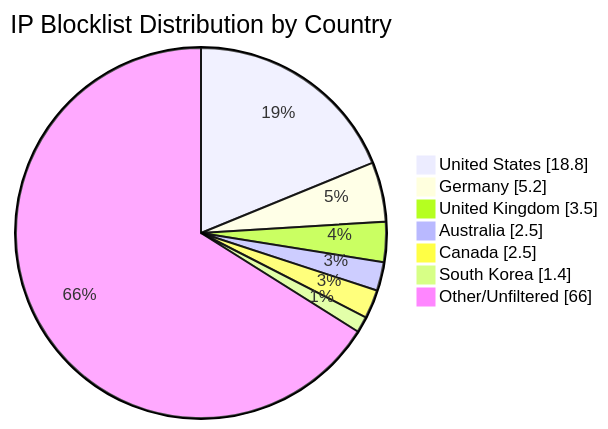
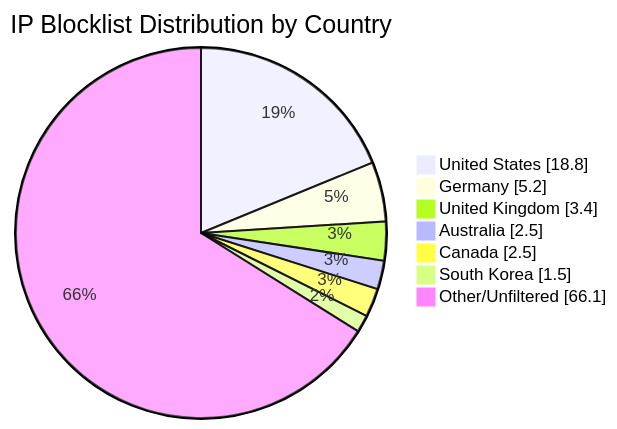
The diagram in README.md (MarcusHoltz/ipblocklist-geofiltered-aggregator), drawn with Mermaid before and after one commit. The commit also changed other lines of this file and 9 other files, not shown here.

````diff
--- a/README.md
+++ b/README.md
@@ -34,10 +34,10 @@
 ```mermaid
 pie showData title IP Blocklist Distribution by Country
 "United States" : 18.8
 "Germany" : 5.2
-"United Kingdom" : 3.5
+"United Kingdom" : 3.4
 "Australia" : 2.5
 "Canada" : 2.5
-"South Korea" : 1.4
-"Other/Unfiltered" : 66.0
+"South Korea" : 1.5
+"Other/Unfiltered" : 66.1
 ```
````
